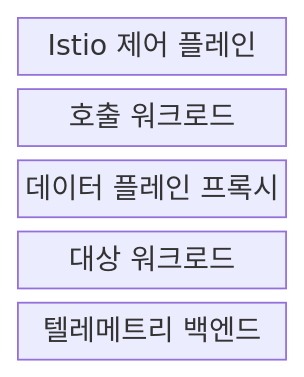
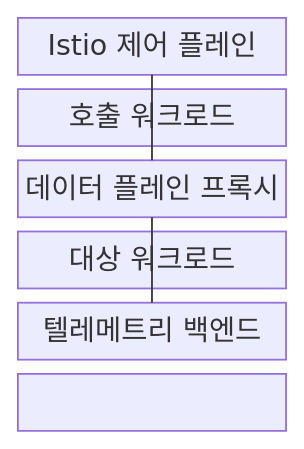
Before and after one commit to agnusdei1207/knowledge-base: the first of 2 diagrams in src/content/docs/notes/03-software/042_service_mesh.md, drawn with Mermaid. The commit also changed other lines of this file and 238 other files, not shown here.

````diff
--- a/src/content/docs/notes/03-software/042_service_mesh.md
+++ b/src/content/docs/notes/03-software/042_service_mesh.md
@@ -68,9 +68,12 @@
 ```mermaid
-block
+block-beta
   columns 1
   C["Istio 제어 플레인"]
   A["호출 워크로드"]
   P["데이터 플레인 프록시"]
   B["대상 워크로드"]
   T["텔레메트리 백엔드"]
+  C --- P
+  A --- P --- B
+  P --- T
 ```
````
